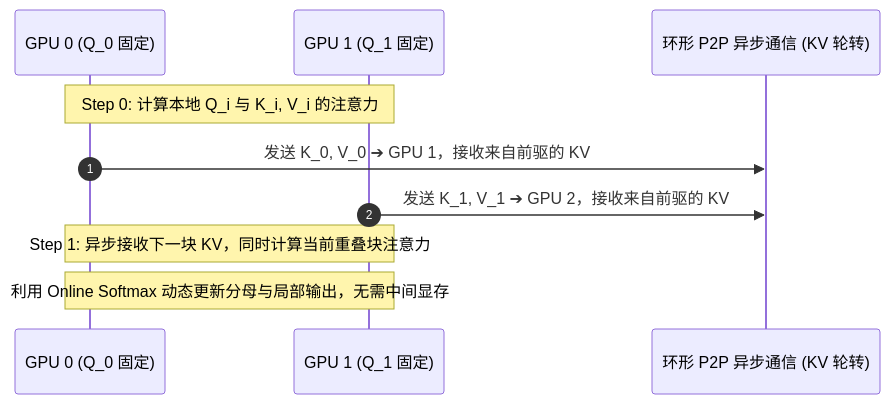
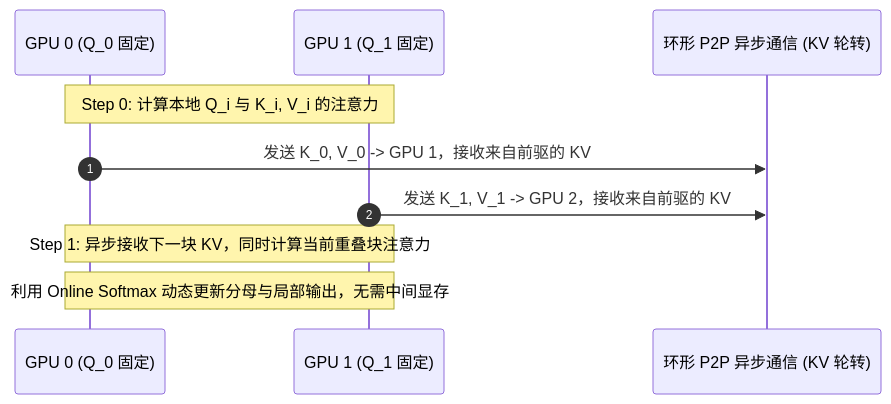
One commit to hsthanb4/hpclearning changed the second of 2 diagrams in train/lesson08.qmd. Above: the diagram before and after it, drawn with Mermaid. The commit also changed other lines of this file and 17 other files, not shown here.

Commit message:
fix(docs): switch to native MathML, resolve Mermaid syntax errors, and fix broken internal links across all courses

````diff
--- a/train/lesson08.qmd
+++ b/train/lesson08.qmd
@@ -66,13 +66,13 @@
 ```{mermaid}
 sequenceDiagram
     autonumber
     participant GPU0 as GPU 0 (Q_0 固定)
     participant GPU1 as GPU 1 (Q_1 固定)
     participant P2P as 环形 P2P 异步通信 (KV 轮转)
 
     Note over GPU0,GPU1: Step 0: 计算本地 Q_i 与 K_i, V_i 的注意力
-    GPU0->>P2P: 发送 K_0, V_0 ➔ GPU 1，接收来自前驱的 KV
-    GPU1->>P2P: 发送 K_1, V_1 ➔ GPU 2，接收来自前驱的 KV
+    GPU0->>P2P: 发送 K_0, V_0 -> GPU 1，接收来自前驱的 KV
+    GPU1->>P2P: 发送 K_1, V_1 -> GPU 2，接收来自前驱的 KV
     Note over GPU0,GPU1: Step 1: 异步接收下一块 KV，同时计算当前重叠块注意力
     Note over GPU0,GPU1: 利用 Online Softmax 动态更新分母与局部输出，无需中间显存
 ```
````
